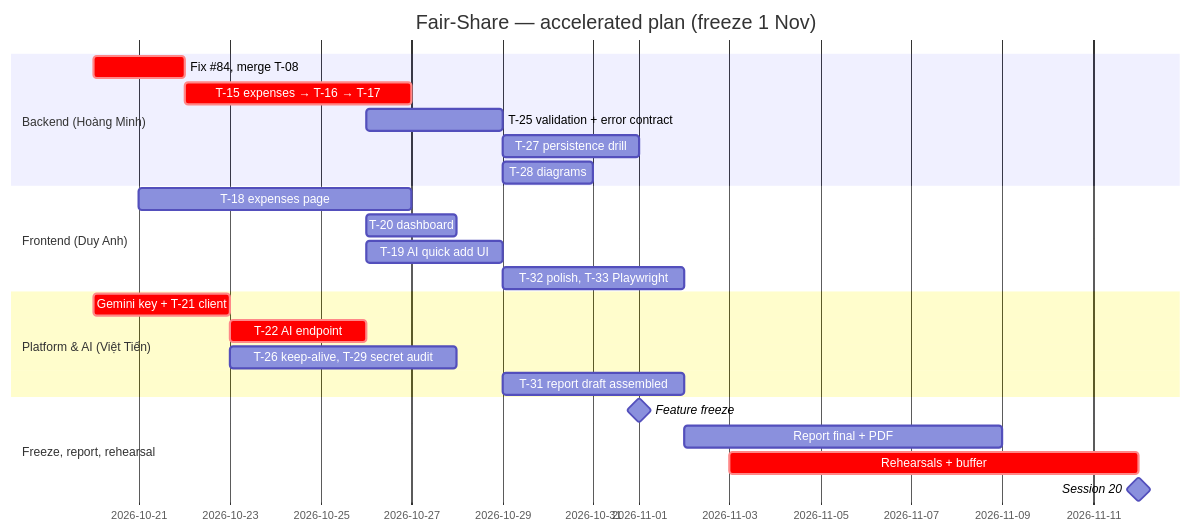
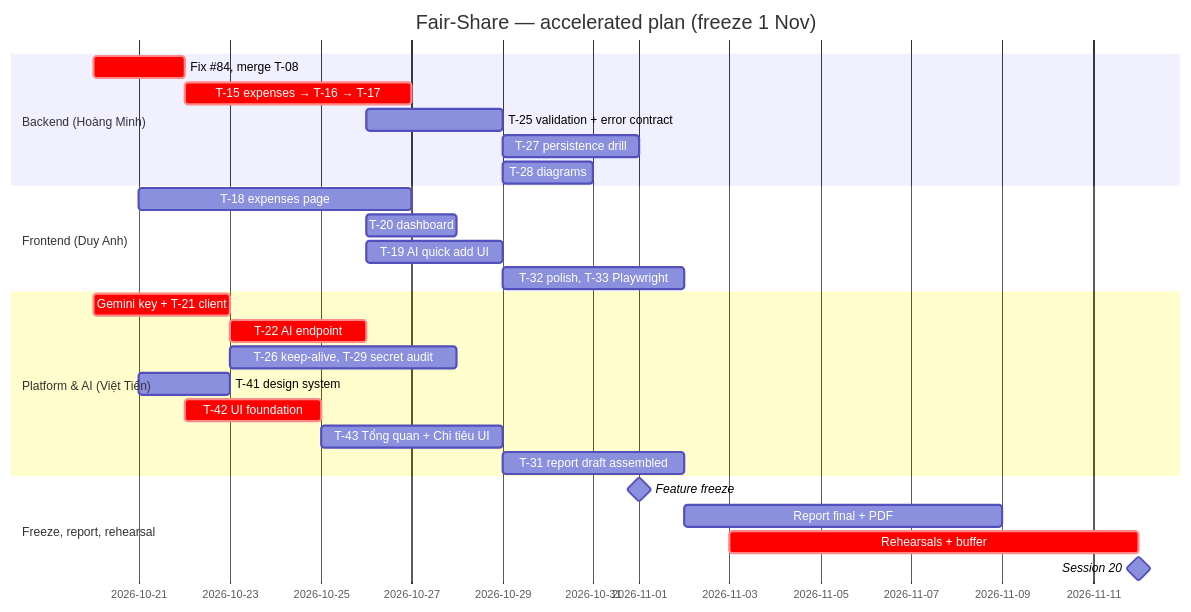
One commit to NeitLN/Fair-Share changed the diagram in docs/ROADMAP.md. Above: the diagram before and after it, drawn with Mermaid. The commit also changed other lines of this file and 3 other files, not shown here.

First line of the commit message:
docs(design): Sticker pop design system and the plan for the redesign

````diff
--- a/docs/ROADMAP.md
+++ b/docs/ROADMAP.md
@@ -51,26 +56,29 @@
 ```mermaid
 gantt
     dateFormat  YYYY-MM-DD
     title Fair-Share — accelerated plan (freeze 1 Nov)
     section Backend (Hoàng Minh)
     Fix #84, merge T-08               :crit, b1, 2026-10-20, 2d
     T-15 expenses → T-16 → T-17       :crit, b2, 2026-10-22, 5d
     T-25 validation + error contract  :b3, 2026-10-26, 3d
     T-27 persistence drill            :b4, 2026-10-29, 3d
     T-28 diagrams                     :b5, 2026-10-29, 2d
     section Frontend (Duy Anh)
     T-18 expenses page                :f1, 2026-10-21, 6d
     T-20 dashboard                    :f2, 2026-10-26, 2d
     T-19 AI quick add UI              :f3, 2026-10-26, 3d
     T-32 polish, T-33 Playwright      :f4, 2026-10-29, 4d
     section Platform & AI (Việt Tiến)
     Gemini key + T-21 client          :crit, a1, 2026-10-20, 3d
     T-22 AI endpoint                  :crit, a2, 2026-10-23, 3d
     T-26 keep-alive, T-29 secret audit:p1, 2026-10-23, 5d
+    T-41 design system                :d1, 2026-10-21, 2d
+    T-42 UI foundation                :crit, d2, 2026-10-22, 3d
+    T-43 Tổng quan + Chi tiêu UI      :d3, 2026-10-25, 4d
     T-31 report draft assembled       :r1, 2026-10-29, 4d
     section Freeze, report, rehearsal
     Feature freeze                    :milestone, 2026-11-01, 0d
     Report final + PDF                :r2, 2026-11-02, 7d
     Rehearsals + buffer               :crit, r3, 2026-11-03, 9d
     Session 20                        :milestone, 2026-11-12, 0d
 ```
````
